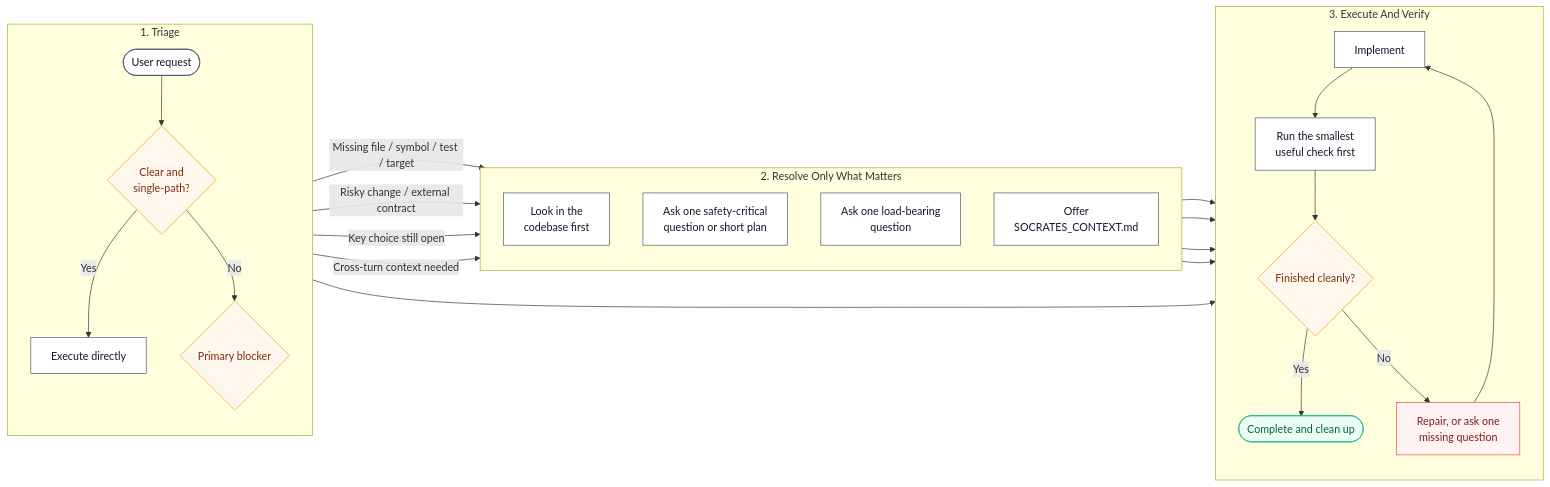
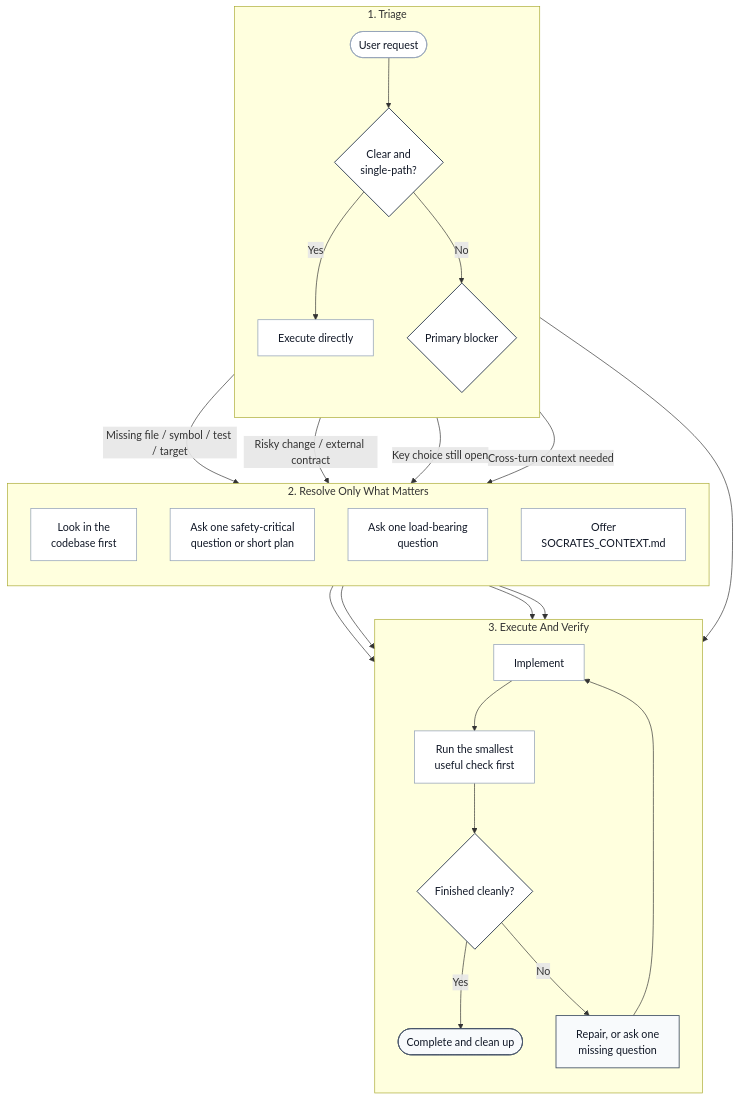
One commit to jiyeongjun/socrates-protocol changed the diagram in README.md. Above: the diagram before and after it, drawn with Mermaid. The commit also changed 1 other file, not shown here.

Commit message:
Tone down runtime flow diagrams

````diff
--- a/README.md
+++ b/README.md
@@ -39,42 +39,41 @@
 ```mermaid
-flowchart LR
-    classDef decision fill:#fff7ed,stroke:#f59e0b,color:#7c2d12;
-    classDef action fill:#ffffff,stroke:#475569,color:#0f172a;
-    classDef done fill:#ecfdf5,stroke:#10b981,color:#065f46;
-    classDef repair fill:#fef2f2,stroke:#ef4444,color:#7f1d1d;
+flowchart TB
+    classDef decision fill:#ffffff,stroke:#334155,stroke-width:1.4px,color:#111827;
+    classDef action fill:#ffffff,stroke:#94a3b8,stroke-width:1.1px,color:#111827;
+    classDef emphasis fill:#f8fafc,stroke:#475569,stroke-width:1.3px,color:#111827;
 
     subgraph T["1. Triage"]
         direction TB
         A([User request]):::action --> B{Clear and<br/>single-path?}:::decision
         B -- Yes --> C[Execute directly]:::action
         B -- No --> D{Primary blocker}:::decision
     end
 
     subgraph R["2. Resolve Only What Matters"]
         direction TB
         E[Look in the<br/>codebase first]:::action
         F[Ask one safety-critical<br/>question or short plan]:::action
         G[Ask one load-bearing<br/>question]:::action
         H[Offer<br/>SOCRATES_CONTEXT.md]:::action
     end
 
     subgraph X["3. Execute And Verify"]
         direction TB
         I[Implement]:::action --> J[Run the smallest<br/>useful check first]:::action
         J --> K{Finished cleanly?}:::decision
-        K -- Yes --> L([Complete and clean up]):::done
-        K -- No --> M[Repair, or ask one<br/>missing question]:::repair
+        K -- Yes --> L([Complete and clean up]):::emphasis
+        K -- No --> M[Repair, or ask one<br/>missing question]:::emphasis
     end
 
     D -- Missing file / symbol / test / target --> E
     D -- Risky change / external contract --> F
     D -- Key choice still open --> G
     D -- Cross-turn context needed --> H
 
     C --> J
     E --> I
     F --> I
     G --> I
     H --> I
     M --> I
-```
+``` 
````
